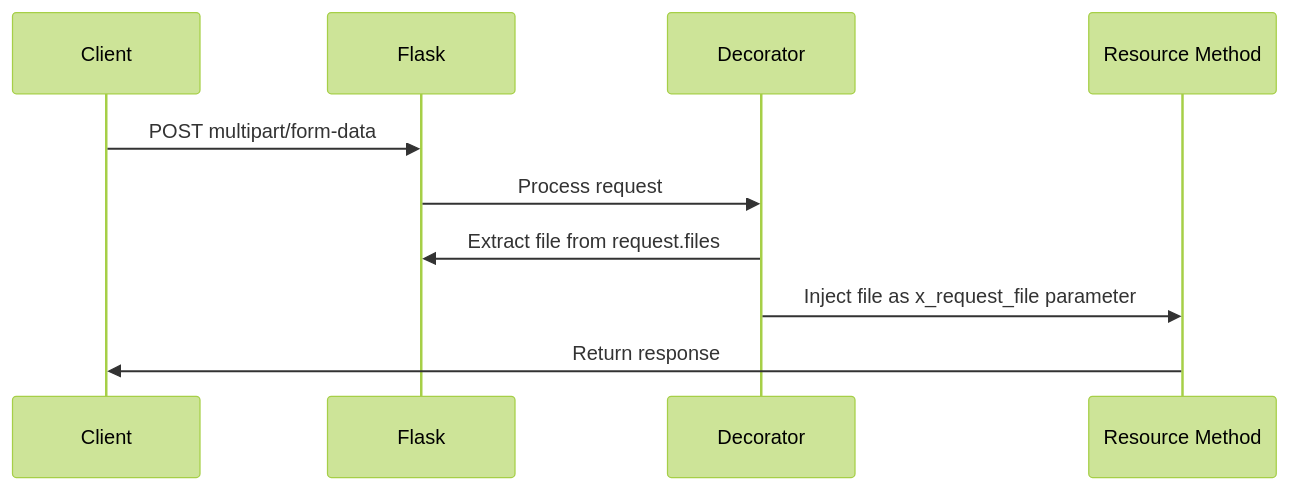
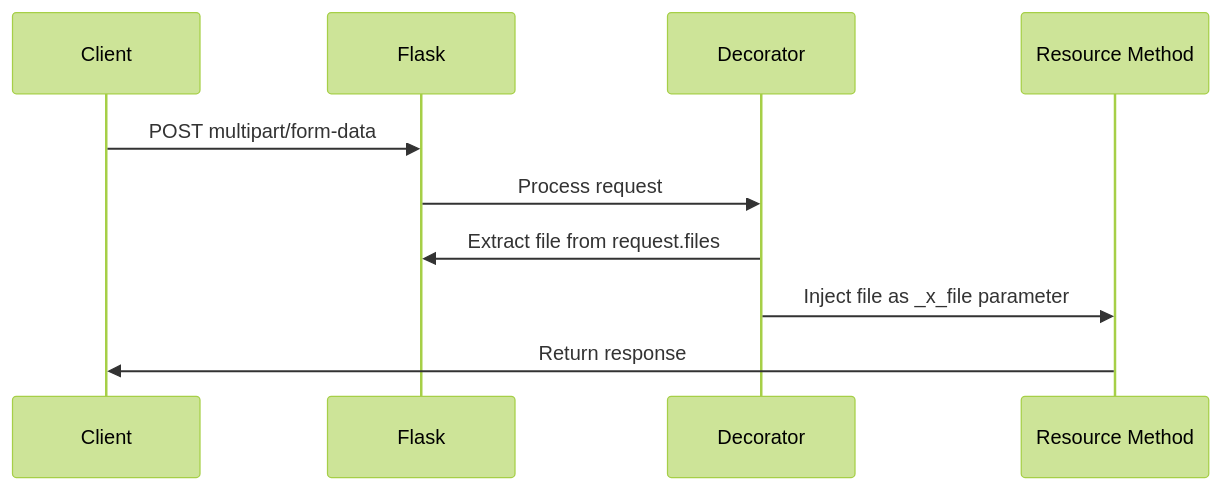
One commit to StrayDragon/flask-x-openapi-schema changed the second of 4 diagrams in docs/file_uploads.md. Above: the diagram before and after it, drawn with Mermaid (forest theme). The commit also changed other lines of this file and 17 other files, not shown here.

````diff
--- a/docs/file_uploads.md
+++ b/docs/file_uploads.md
@@ -28,13 +28,13 @@
 ```mermaid
 sequenceDiagram
     participant C as Client
     participant F as Flask
     participant D as Decorator
     participant R as Resource Method
 
     C->>F: POST multipart/form-data
     F->>D: Process request
     D->>F: Extract file from request.files
-    D->>R: Inject file as x_request_file parameter
+    D->>R: Inject file as _x_file parameter
     R->>C: Return response
 ```
````
